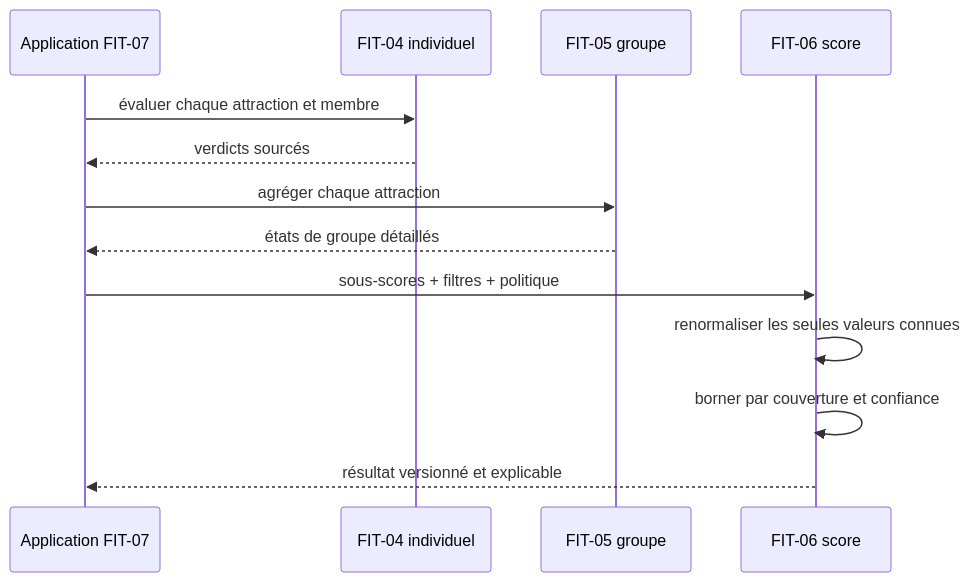
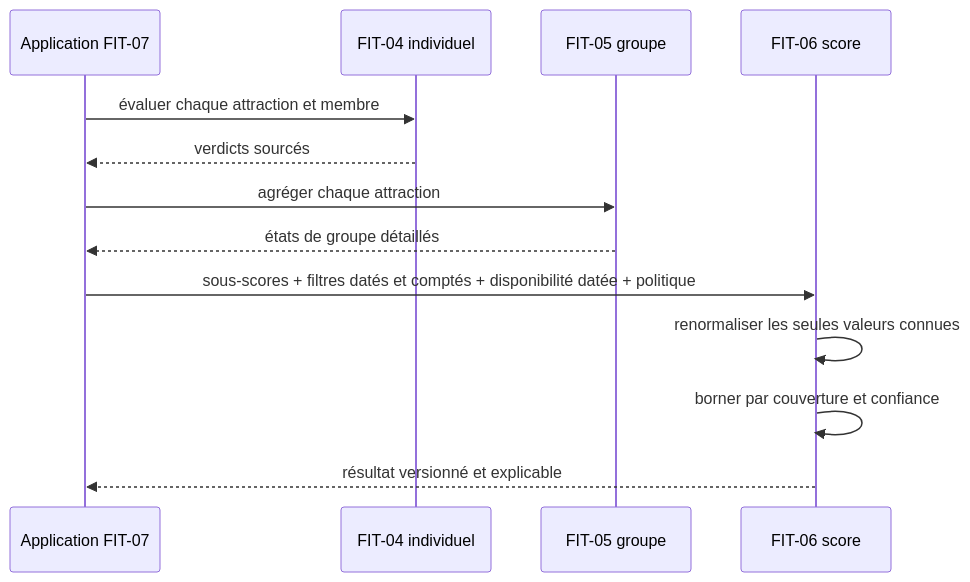
One commit to Ced59/AmusementParkProject changed the third of 3 diagrams in docs/architecture/product-growth-fit-06-versioned-subscores-2026-09-14.md. Above: the diagram before and after it, drawn with Mermaid. The commit also changed other lines of this file and 8 other files, not shown here.

````diff
--- a/docs/architecture/product-growth-fit-06-versioned-subscores-2026-09-14.md
+++ b/docs/architecture/product-growth-fit-06-versioned-subscores-2026-09-14.md
@@ -231,15 +255,15 @@
 ```mermaid
 sequenceDiagram
     participant App as Application FIT-07
     participant Individual as FIT-04 individuel
     participant Group as FIT-05 groupe
     participant Score as FIT-06 score
     App->>Individual: évaluer chaque attraction et membre
     Individual-->>App: verdicts sourcés
     App->>Group: agréger chaque attraction
     Group-->>App: états de groupe détaillés
-    App->>Score: sous-scores + filtres + politique
+    App->>Score: sous-scores + filtres datés et comptés + disponibilité datée + politique
     Score->>Score: renormaliser les seules valeurs connues
     Score->>Score: borner par couverture et confiance
     Score-->>App: résultat versionné et explicable
 ```
````
